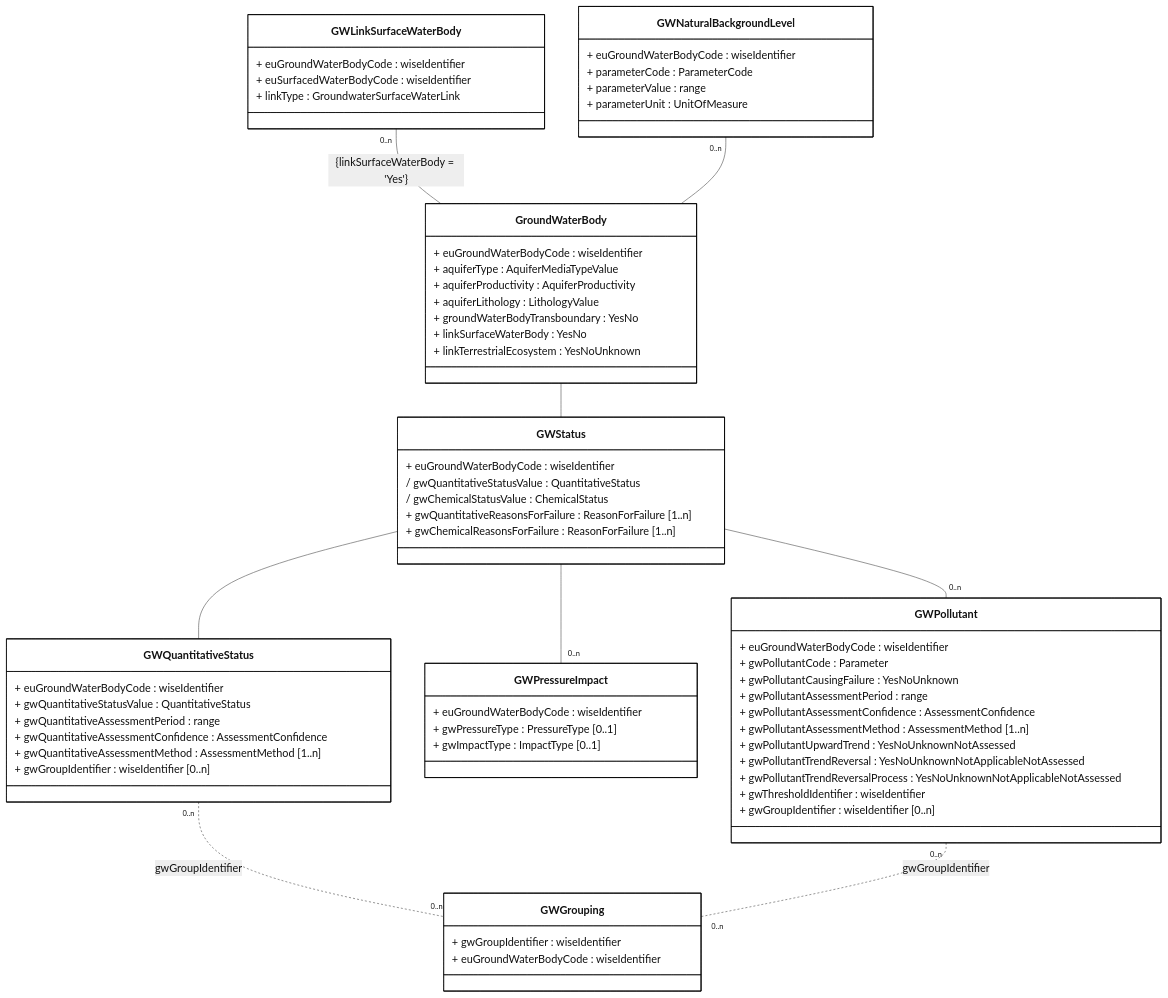
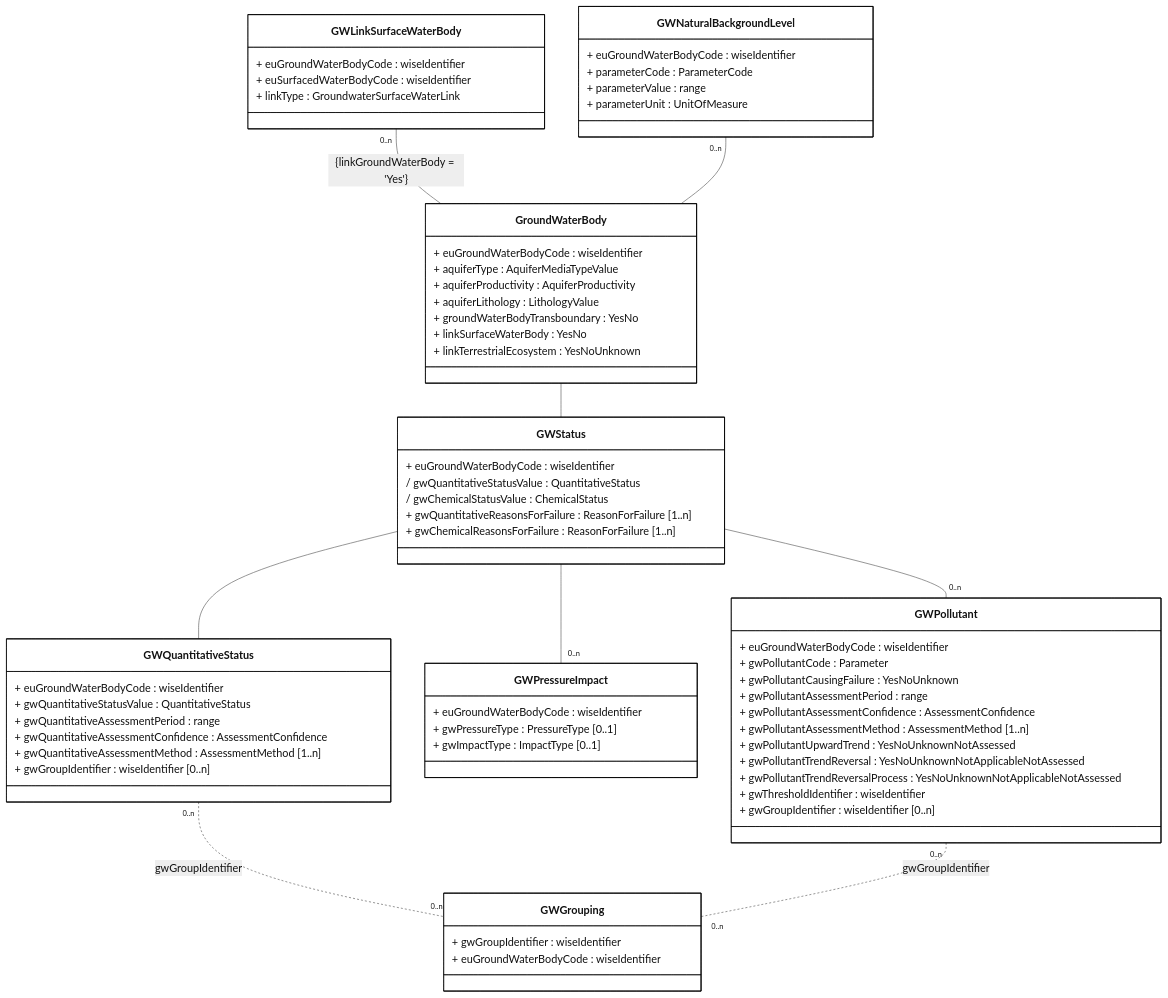
Before and after one commit to eeadata/WISE.WFD.Documentation: the diagram in docs/DataModelReview/mmd/Groundwater_4thCycle_DescriptiveData_ClassDiagram.mmd, drawn with Mermaid.

```diff
--- a/docs/DataModelReview/mmd/Groundwater_4thCycle_DescriptiveData_ClassDiagram.mmd
+++ b/docs/DataModelReview/mmd/Groundwater_4thCycle_DescriptiveData_ClassDiagram.mmd
@@ -1,98 +1,98 @@
 ---
 config:
   class:
     hideEmptyMembersBox: true
   layout: dagre
   theme: neutral
   themeVariables:
     noteBkgColor: LightYellow
     noteTextColor: black 
 ---
 classDiagram
 direction TB
 
 class GWLinkSurfaceWaterBody{
     + euGroundWaterBodyCode : wiseIdentifier
     + euSurfacedWaterBodyCode : wiseIdentifier
     + linkType : GroundwaterSurfaceWaterLink
 }
 
 class GWNaturalBackgroundLevel{
     + euGroundWaterBodyCode : wiseIdentifier
     + parameterCode : ParameterCode
     + parameterValue : range  
     + parameterUnit : UnitOfMeasure
 }
 
 class GroundWaterBody{
     + euGroundWaterBodyCode : wiseIdentifier
     + aquiferType : AquiferMediaTypeValue
     + aquiferProductivity : AquiferProductivity
     + aquiferLithology : LithologyValue
     + groundWaterBodyTransboundary : YesNo
     + linkSurfaceWaterBody : YesNo
     + linkTerrestrialEcosystem : YesNoUnknown
 }
 
 class GWQuantitativeStatus{
     + euGroundWaterBodyCode : wiseIdentifier
     + gwQuantitativeStatusValue : QuantitativeStatus
     + gwQuantitativeAssessmentPeriod : range
     + gwQuantitativeAssessmentConfidence : AssessmentConfidence
     + gwQuantitativeAssessmentMethod : AssessmentMethod [1..n]
     + gwGroupIdentifier : wiseIdentifier [0..n]
 }
 
 class GWPressureImpact{
     + euGroundWaterBodyCode : wiseIdentifier
     + gwPressureType : PressureType [0..1]
     + gwImpactType : ImpactType  [0..1]
 }
 
 class GWStatus{
     
     + euGroundWaterBodyCode : wiseIdentifier
     / gwQuantitativeStatusValue : QuantitativeStatus
     / gwChemicalStatusValue : ChemicalStatus
 
     + gwQuantitativeReasonsForFailure : ReasonForFailure [1..n]
     + gwChemicalReasonsForFailure : ReasonForFailure [1..n]
 } 
 
 class GWPollutant{
     + euGroundWaterBodyCode : wiseIdentifier
     + gwPollutantCode : Parameter
 
     + gwPollutantCausingFailure : YesNoUnknown
     + gwPollutantAssessmentPeriod : range
     + gwPollutantAssessmentConfidence : AssessmentConfidence 
     + gwPollutantAssessmentMethod : AssessmentMethod [1..n]
 
     + gwPollutantUpwardTrend : YesNoUnknownNotAssessed
     + gwPollutantTrendReversal : YesNoUnknownNotApplicableNotAssessed
     + gwPollutantTrendReversalProcess : YesNoUnknownNotApplicableNotAssessed
 
     + gwThresholdIdentifier : wiseIdentifier
     + gwGroupIdentifier : wiseIdentifier [0..n]
 }
 
 class GWGrouping{
     + gwGroupIdentifier : wiseIdentifier
     + euGroundWaterBodyCode : wiseIdentifier
 }
 
 GroundWaterBody -- GWStatus    
 GWStatus --  GWQuantitativeStatus
 GWStatus -- "0..n" GWPollutant
 GWStatus -- "0..n" GWPressureImpact
 
 GWQuantitativeStatus "0..n" .. "0..n" GWGrouping : gwGroupIdentifier
 GWPollutant "0..n" .. "0..n" GWGrouping : gwGroupIdentifier
 
-GWLinkSurfaceWaterBody "0..n" -- GroundWaterBody : {linkSurfaceWaterBody = 'Yes'}
+GWLinkSurfaceWaterBody "0..n" -- GroundWaterBody : {linkGroundWaterBody = 'Yes'}
 GWNaturalBackgroundLevel "0..n" -- GroundWaterBody
 
 %% note for GWPollutant "GroundwaterMethodologies::ThresholdValue.gwThresholdIdentifier"
 
 classDef default fill:white,stroke:#000;
 classDef forFixing fill:white,stroke:#f00;
```
